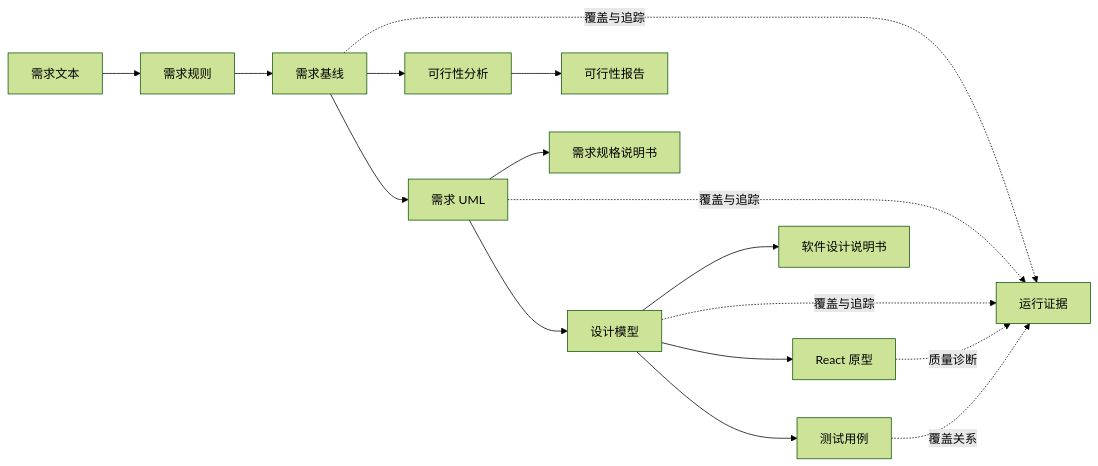
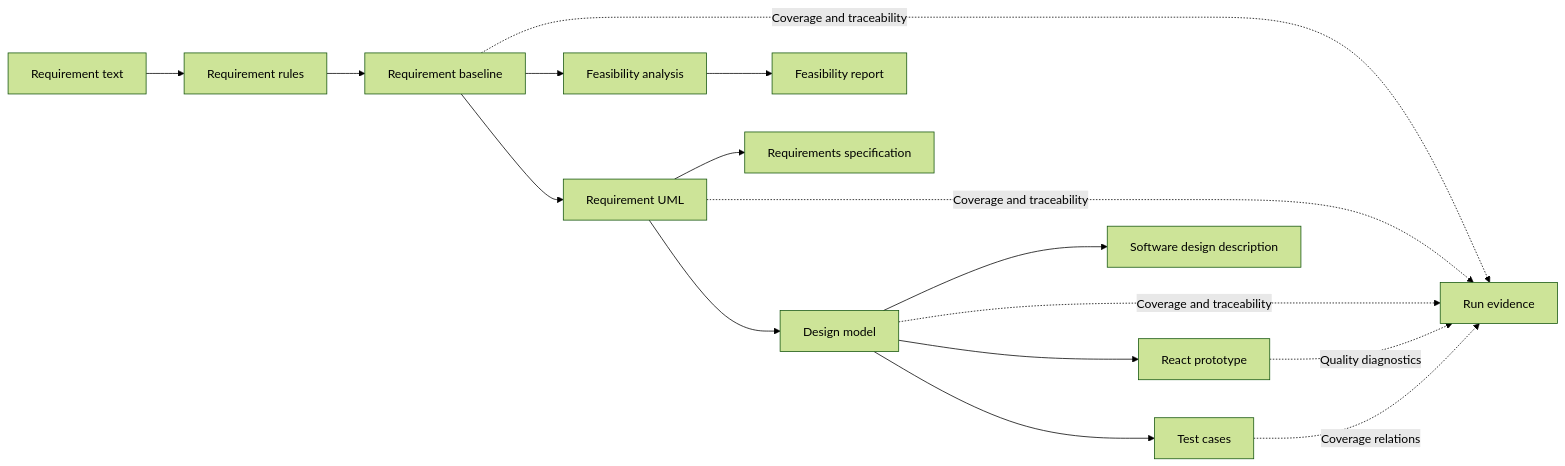
The diagram in README.md (guolola/ai-software-engineering-platform), drawn with Mermaid (forest theme) before and after one commit. The commit also changed other lines of this file and 4 other files, not shown here.

````diff
--- a/README.md
+++ b/README.md
@@ -108,18 +112,18 @@
 ```mermaid
 flowchart LR
-  A["需求文本"] --> B["需求规则"]
-  B --> C["需求基线"]
-  C --> D["可行性分析"]
-  C --> E["需求 UML"]
-  E --> F["设计模型"]
-  F --> G["React 原型"]
-  F --> H["测试用例"]
-  D --> I["可行性报告"]
-  E --> J["需求规格说明书"]
-  F --> K["软件设计说明书"]
-  C -.覆盖与追踪.-> L["运行证据"]
-  E -.覆盖与追踪.-> L
-  F -.覆盖与追踪.-> L
-  G -.质量诊断.-> L
-  H -.覆盖关系.-> L
+  A["Requirement text"] --> B["Requirement rules"]
+  B --> C["Requirement baseline"]
+  C --> D["Feasibility analysis"]
+  C --> E["Requirement UML"]
+  E --> F["Design model"]
+  F --> G["React prototype"]
+  F --> H["Test cases"]
+  D --> I["Feasibility report"]
+  E --> J["Requirements specification"]
+  F --> K["Software design description"]
+  C -.Coverage and traceability.-> L["Run evidence"]
+  E -.Coverage and traceability.-> L
+  F -.Coverage and traceability.-> L
+  G -.Quality diagnostics.-> L
+  H -.Coverage relations.-> L
 ```
````
